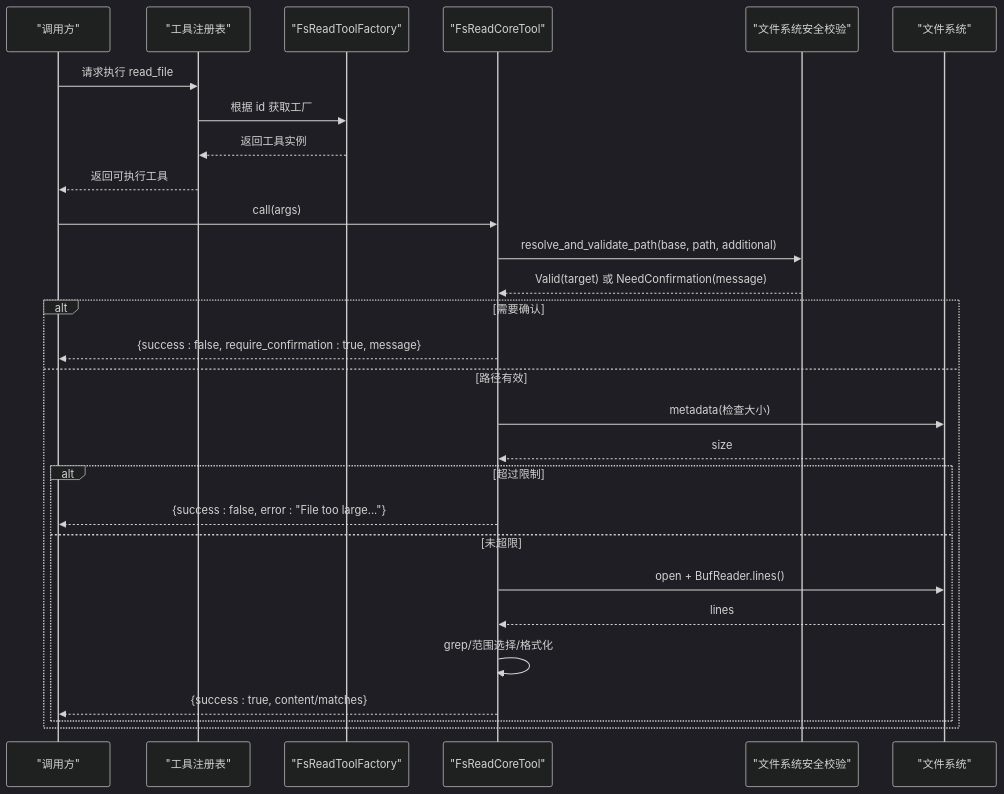
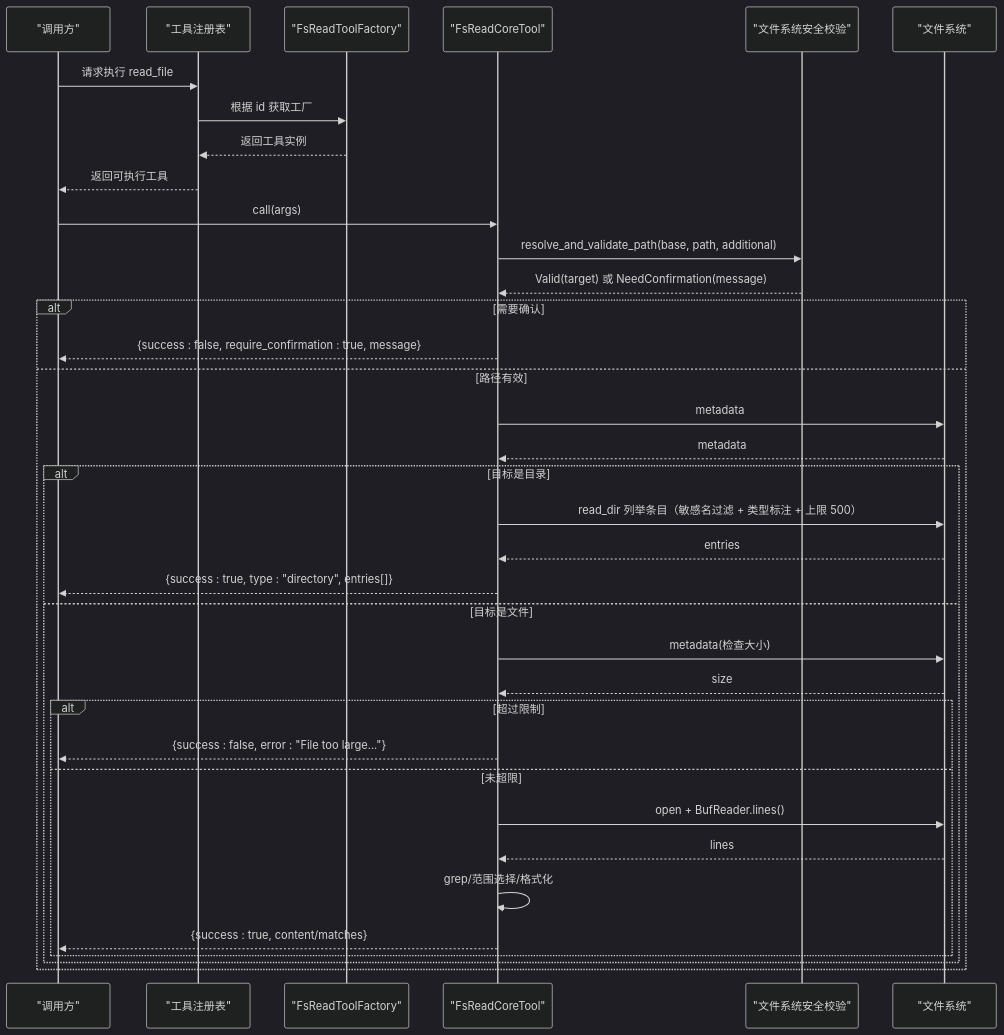
The second of 5 diagrams in docs/wiki/zh/content/基础设施/工具注册表/内置工具系统/文件读取工具.md (runningcoders/ai_orz), drawn with Mermaid (dark theme) before and after one commit. The commit also changed other lines of this file and 7 other files, not shown here.

First line of the commit message:
feat(tools): fs_read/fs_write 支持目录——读目录列举 + 写自动补建父目录 + create_directory 模式

````diff
--- a/docs/wiki/zh/content/基础设施/工具注册表/内置工具系统/文件读取工具.md
+++ b/docs/wiki/zh/content/基础设施/工具注册表/内置工具系统/文件读取工具.md
@@ -87,30 +89,38 @@
 ```mermaid
 sequenceDiagram
 participant Client as "调用方"
 participant Registry as "工具注册表"
 participant Factory as "FsReadToolFactory"
 participant Tool as "FsReadCoreTool"
 participant Security as "文件系统安全校验"
 participant FS as "文件系统"
 Client->>Registry : 请求执行 read_file
 Registry->>Factory : 根据 id 获取工厂
 Factory-->>Registry : 返回工具实例
 Registry-->>Client : 返回可执行工具
 Client->>Tool : call(args)
 Tool->>Security : resolve_and_validate_path(base, path, additional)
 Security-->>Tool : Valid(target) 或 NeedConfirmation(message)
 alt 需要确认
 Tool-->>Client : {success : false, require_confirmation : true, message}
 else 路径有效
+Tool->>FS : metadata
+FS-->>Tool : metadata
+alt 目标是目录
+Tool->>FS : read_dir 列举条目（敏感名过滤 + 类型标注 + 上限 500）
+FS-->>Tool : entries
+Tool-->>Client : {success : true, type : "directory", entries[]}
+else 目标是文件
 Tool->>FS : metadata(检查大小)
 FS-->>Tool : size
 alt 超过限制
 Tool-->>Client : {success : false, error : "File too large..."}
 else 未超限
 Tool->>FS : open + BufReader.lines()
 FS-->>Tool : lines
 Tool->>Tool : grep/范围选择/格式化
 Tool-->>Client : {success : true, content/matches}
 end
 end
+end
 ```
````
